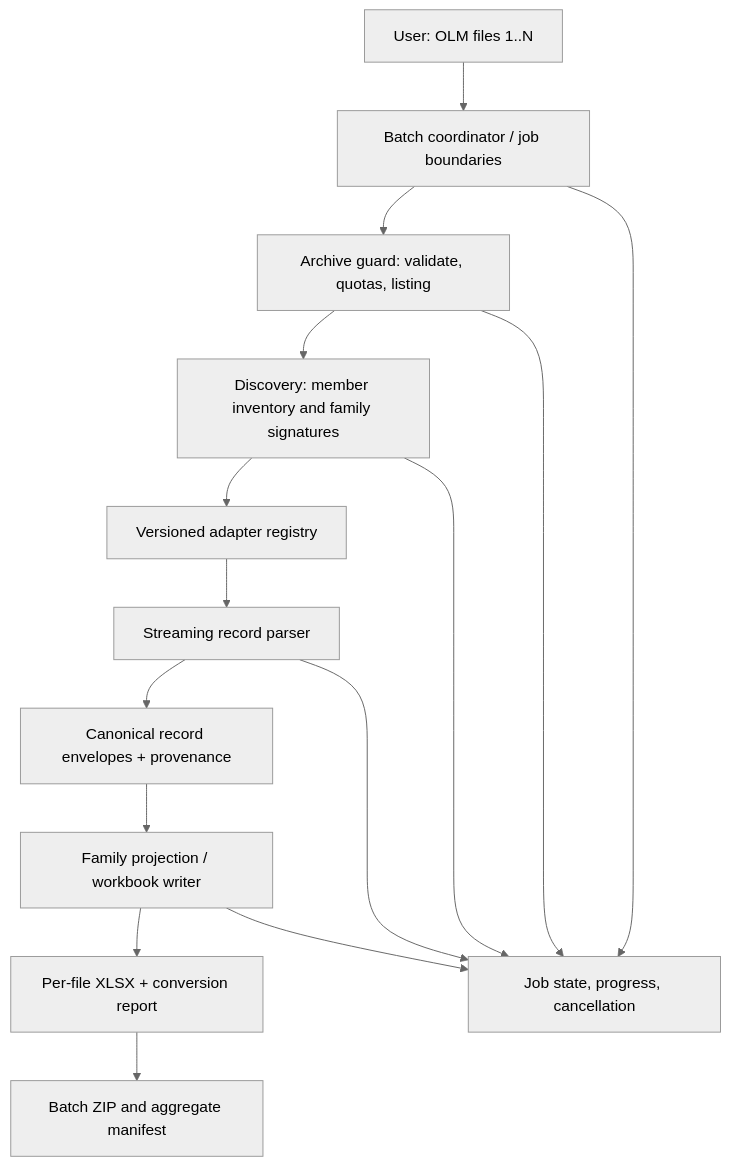
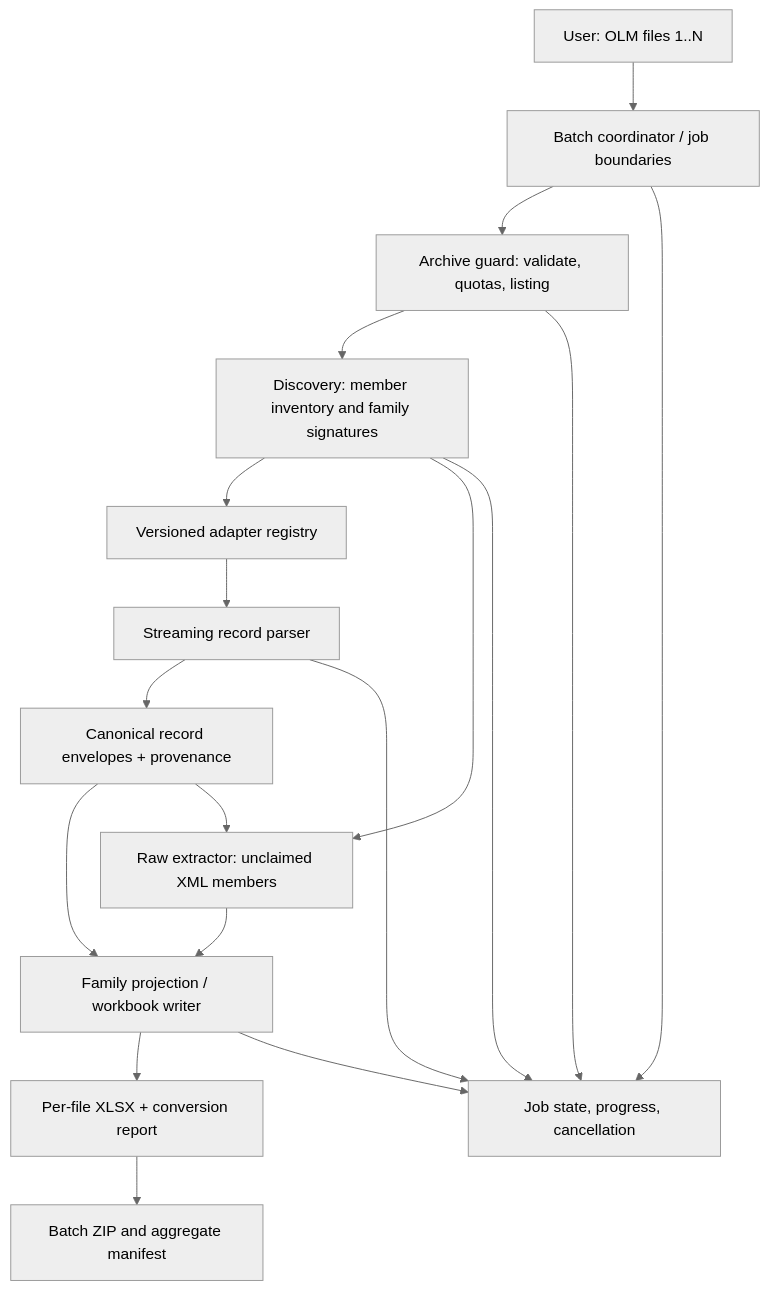
Before and after one commit to rlancaster243/olm_to_excel_converter: the diagram in docs/fidelity/03-ARCHITECTURE.md, drawn with Mermaid (neutral theme). The commit also changed other lines of this file and 7 other files, not shown here.

First line of the commit message:
docs(fidelity): add default-on raw extract for unrecognized schemas

````diff
--- a/docs/fidelity/03-ARCHITECTURE.md
+++ b/docs/fidelity/03-ARCHITECTURE.md
@@ -8,17 +8,20 @@
 ```mermaid
 flowchart TD
  U["User: OLM files 1..N"] --> B["Batch coordinator / job boundaries"]
  B --> V["Archive guard: validate, quotas, listing"]
  V --> D["Discovery: member inventory and family signatures"]
  D --> R["Versioned adapter registry"]
  R --> P["Streaming record parser"]
  P --> C["Canonical record envelopes + provenance"]
  C --> X["Family projection / workbook writer"]
+ D --> W["Raw extractor: unclaimed XML members"]
+ C --> W
+ W --> X
  X --> O["Per-file XLSX + conversion report"]
  O --> Z["Batch ZIP and aggregate manifest"]
  B --> E["Job state, progress, cancellation"]
  V --> E
  D --> E
  P --> E
  X --> E
 ```
````
